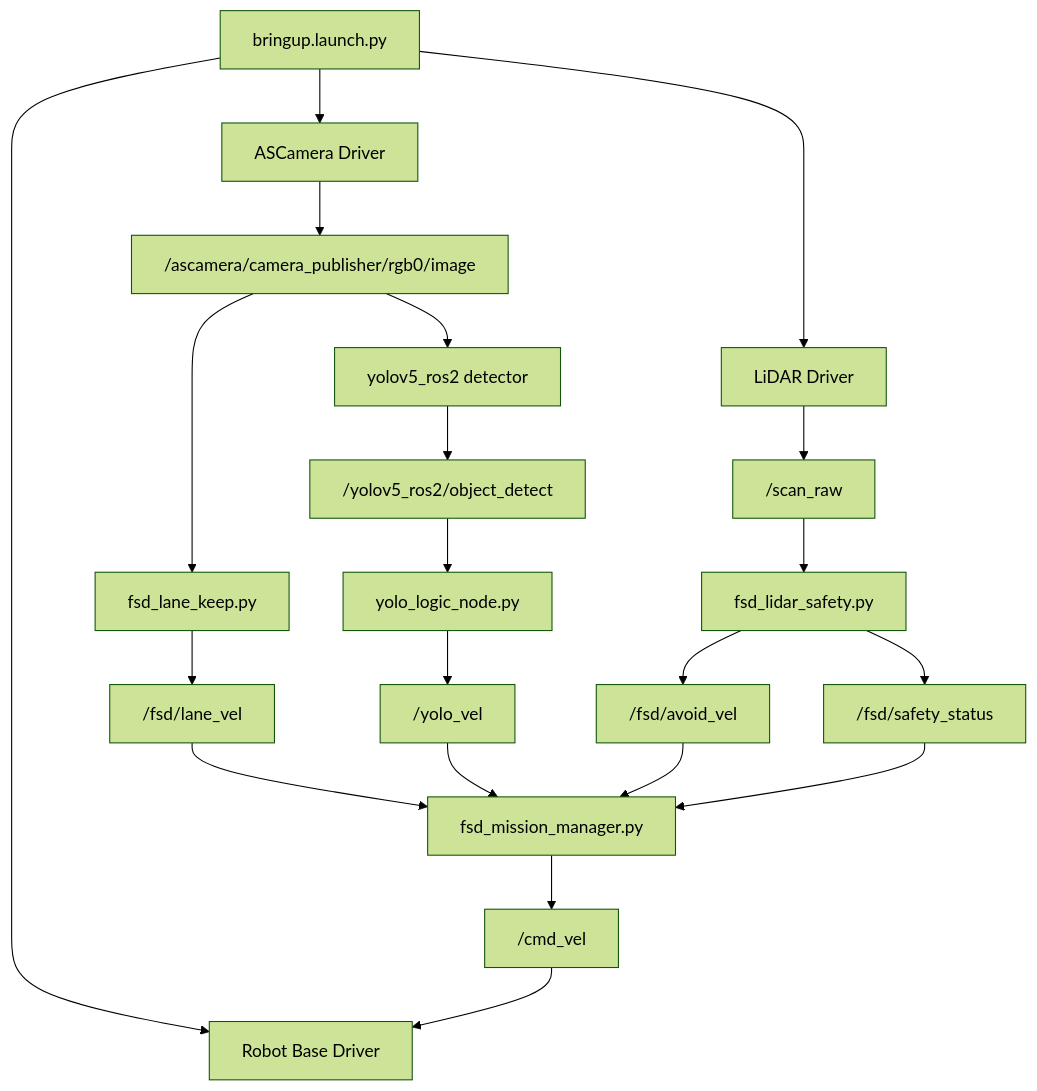
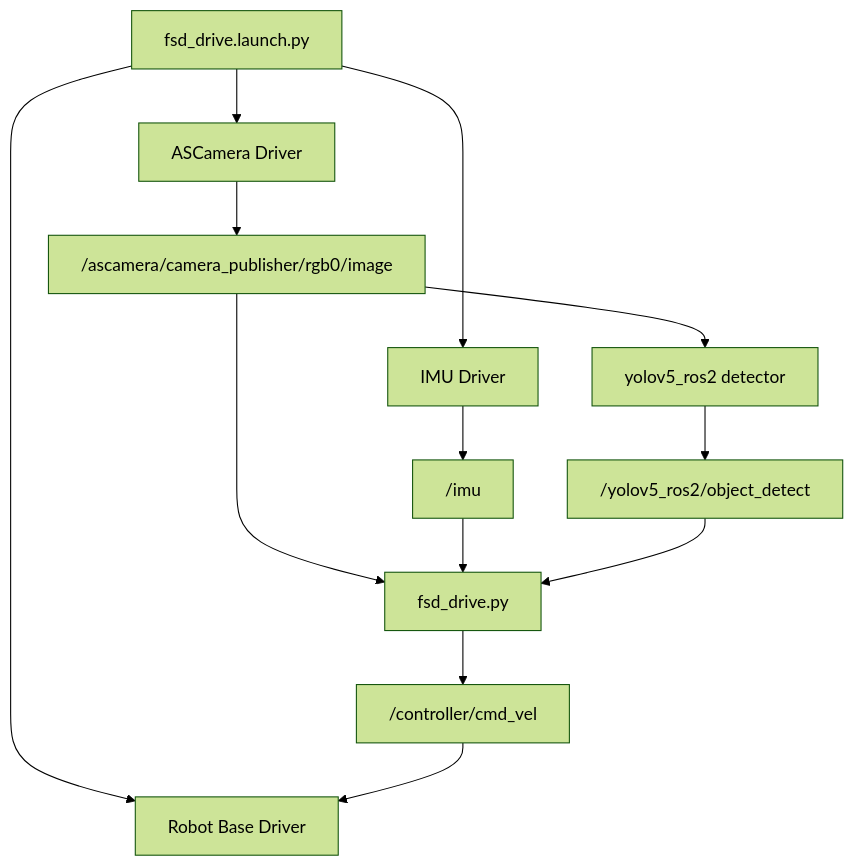
Before and after one commit to alfaXphoori/MentorPi-M1: diagram 12 of 12 in docs/LEARNING_PATH.md, drawn with Mermaid (forest theme). The commit also changed other lines of this file, not shown here.

````diff
--- a/docs/LEARNING_PATH.md
+++ b/docs/LEARNING_PATH.md
@@ -444,27 +444,19 @@
 ```mermaid
 graph TD
-    Bringup["bringup.launch.py"] --> Camera["ASCamera Driver"]
-    Bringup --> Lidar["LiDAR Driver"]
+    Bringup["fsd_drive.launch.py"] --> Camera["ASCamera Driver"]
     Bringup --> Base["Robot Base Driver"]
+    Bringup --> IMU["IMU Driver"]
 
     Camera --> ImageTopic["/ascamera/camera_publisher/rgb0/image"]
-    ImageTopic --> LaneKeep["fsd_lane_keep.py"]
+    ImageTopic --> FSDDrive["fsd_drive.py"]
     ImageTopic --> YoloDetect["yolov5_ros2 detector"]
 
-    Lidar --> Scan["/scan_raw"]
-    Scan --> LidarSafety["fsd_lidar_safety.py"]
+    IMU --> ImuTopic["/imu"]
+    ImuTopic --> FSDDrive
 
-    LaneKeep --> LaneVel["/fsd/lane_vel"]
     YoloDetect --> DetectTopic["/yolov5_ros2/object_detect"]
-    DetectTopic --> YoloLogic["yolo_logic_node.py"]
-    YoloLogic --> YoloVel["/yolo_vel"]
-    LidarSafety --> AvoidVel["/fsd/avoid_vel"]
-    LidarSafety --> SafetyStatus["/fsd/safety_status"]
-
-    LaneVel --> Mission["fsd_mission_manager.py"]
-    YoloVel --> Mission
-    AvoidVel --> Mission
-    SafetyStatus --> Mission
-    Mission --> CmdVel["/cmd_vel"]
+    DetectTopic --> FSDDrive
+    
+    FSDDrive --> CmdVel["/controller/cmd_vel"]
     CmdVel --> Base
 ```
````
